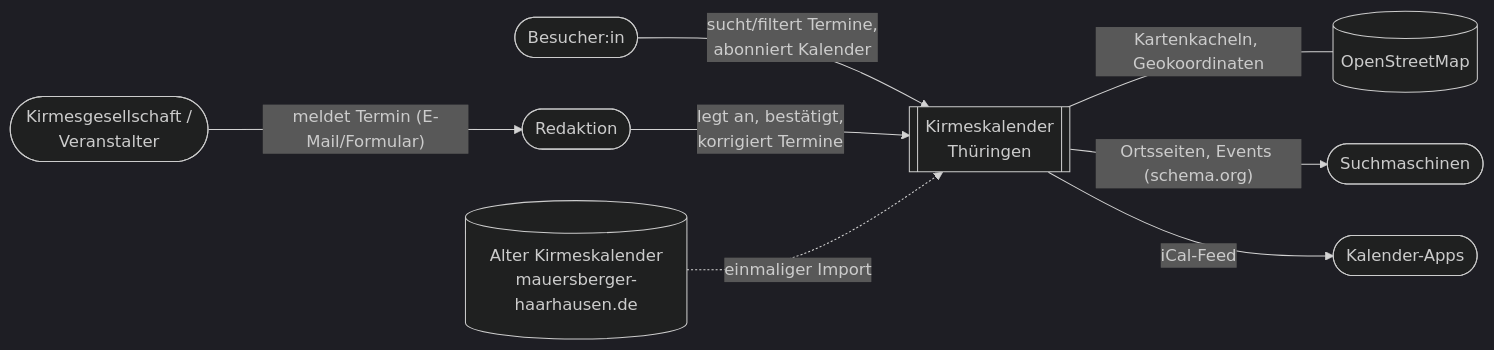
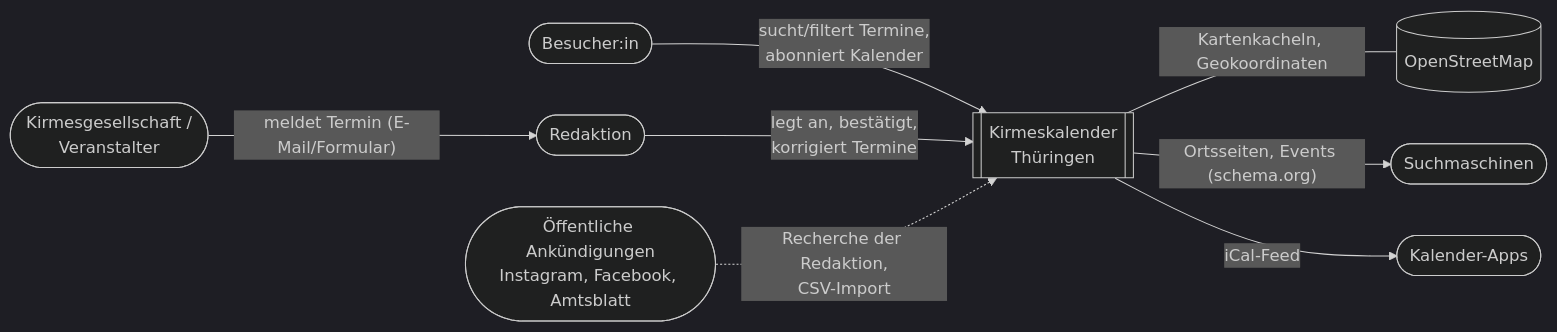
Before and after one commit to dschaell/kirmes-thueringen: the diagram in docs/architecture/03-kontextabgrenzung.md, drawn with Mermaid (dark theme). The commit also changed other lines of this file and 156 other files, not shown here.

````diff
--- a/docs/architecture/03-kontextabgrenzung.md
+++ b/docs/architecture/03-kontextabgrenzung.md
@@ -9,11 +9,11 @@
 ```mermaid
 flowchart LR
   B([Besucher:in]) -- "sucht/filtert Termine,<br/>abonniert Kalender" --> S
   V([Kirmesgesellschaft /<br/>Veranstalter]) -- "meldet Termin (E-Mail/Formular)" --> R
   R([Redaktion]) -- "legt an, bestätigt,<br/>korrigiert Termine" --> S
   S[[Kirmeskalender<br/>Thüringen]]
   S -- "Kartenkacheln, Geokoordinaten" --- OSM[(OpenStreetMap)]
   S -- "Ortsseiten, Events (schema.org)" --> SM([Suchmaschinen])
   S -- "iCal-Feed" --> K([Kalender-Apps])
-  A[(Alter Kirmeskalender<br/>mauersberger-haarhausen.de)] -. "einmaliger Import" .-> S
+  Q([Öffentliche Ankündigungen<br/>Instagram, Facebook, Amtsblatt]) -. "Recherche der Redaktion,<br/>CSV-Import" .-> S
 ```
````
